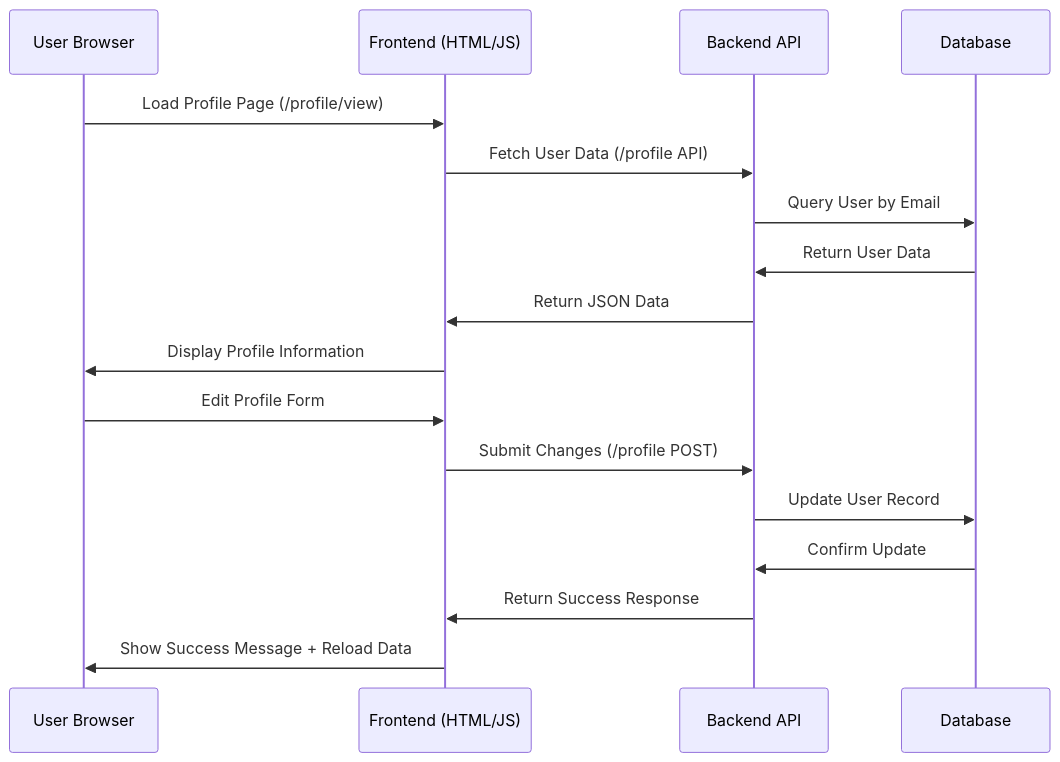
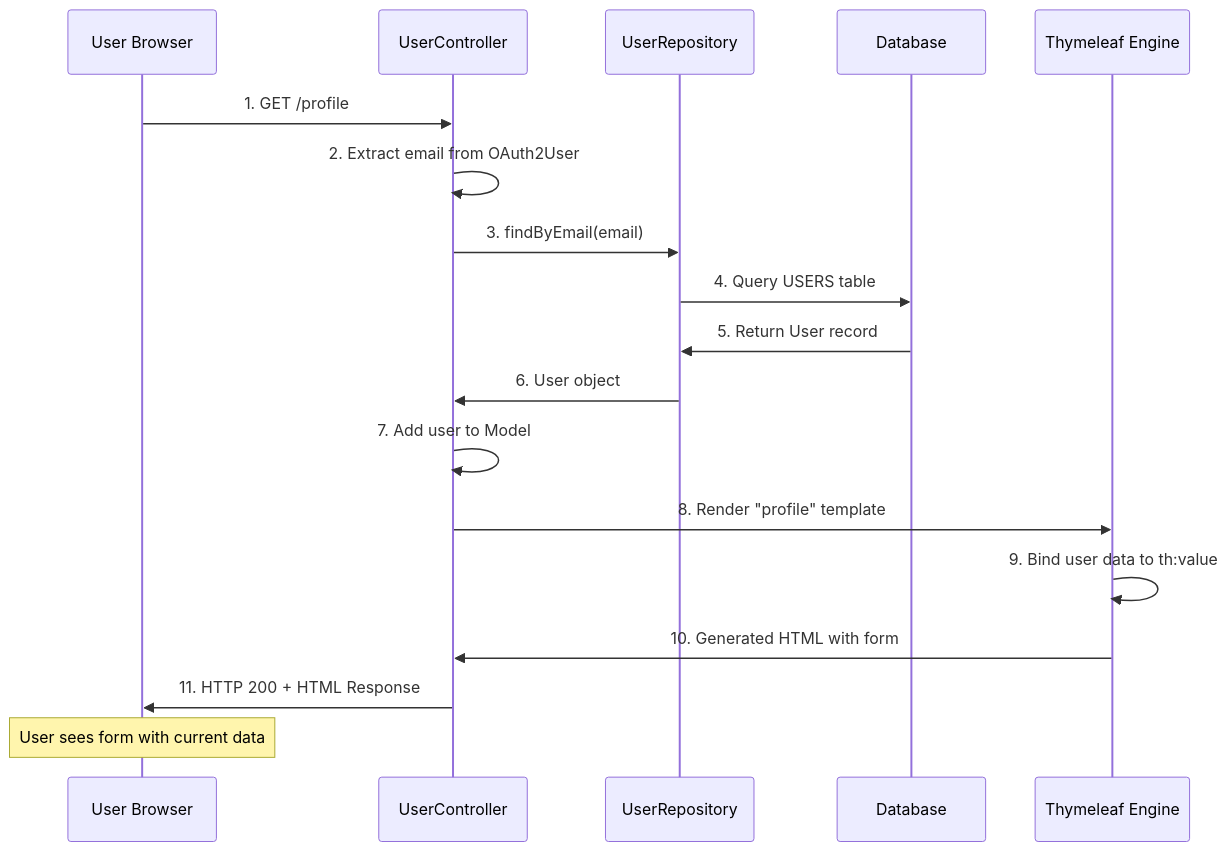
The third of 7 diagrams in ARCHITECTURE.md (IamJesssie/Spring-Oauth2-Profile), drawn with Mermaid before and after one commit. The commit also changed other lines of this file and 4 other files, not shown here.

Commit message:
Refactor user profile management to use server-side rendering with Thymeleaf; update profile endpoint to handle form submissions and redirect; enhance README with architecture details and flow diagrams; remove unnecessary JavaScript for profile updates.

````diff
--- a/ARCHITECTURE.md
+++ b/ARCHITECTURE.md
@@ -114,21 +141,21 @@
 ```mermaid
 sequenceDiagram
     participant U as User Browser
-    participant F as Frontend (HTML/JS)
-    participant B as Backend API
+    participant C as UserController
+    participant R as UserRepository
     participant D as Database
+    participant T as Thymeleaf Engine
 
-    U->>F: Load Profile Page (/profile/view)
-    F->>B: Fetch User Data (/profile API)
-    B->>D: Query User by Email
-    D->>B: Return User Data
-    B->>F: Return JSON Data
-    F->>U: Display Profile Information
-
-    U->>F: Edit Profile Form
-    F->>B: Submit Changes (/profile POST)
-    B->>D: Update User Record
-    D->>B: Confirm Update
-    B->>F: Return Success Response
-    F->>U: Show Success Message + Reload Data
+    U->>C: 1. GET /profile
+    C->>C: 2. Extract email from OAuth2User
+    C->>R: 3. findByEmail(email)
+    R->>D: 4. Query USERS table
+    D->>R: 5. Return User record
+    R->>C: 6. User object
+    C->>C: 7. Add user to Model
+    C->>T: 8. Render "profile" template
+    T->>T: 9. Bind user data to th:value
+    T->>C: 10. Generated HTML with form
+    C->>U: 11. HTTP 200 + HTML Response
+    Note over U: User sees form with current data
 ```
````
